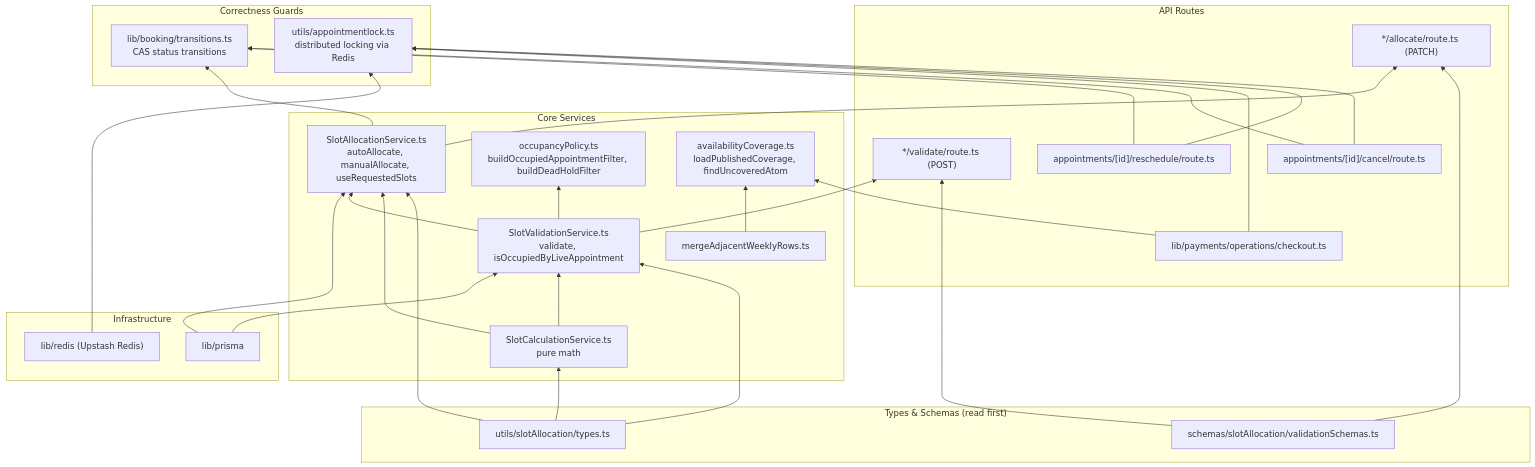
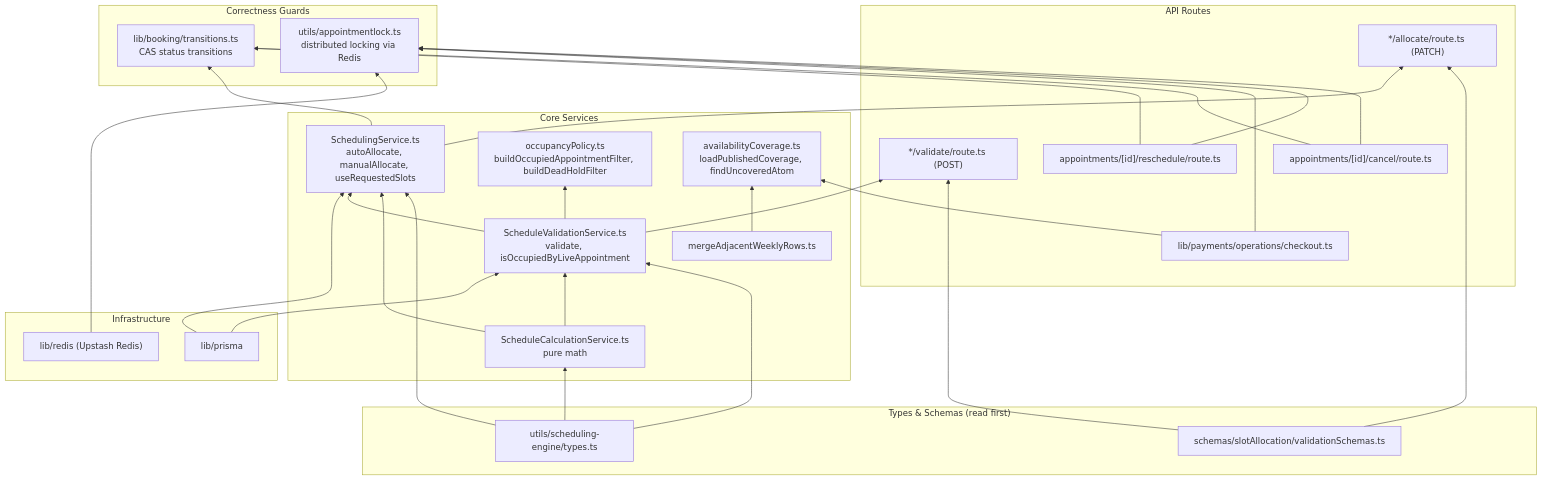
The second of 6 diagrams in docs/booking/06-dependency-graphs.md (Practitionist/familiarise_web), drawn with Mermaid before and after one commit. The commit also changed other lines of this file and 107 other files, not shown here.

Commit message:
docs(vocabulary): the scheduling glossary, booking, feedback, support, stream and review docs speak AppointmentOccurrence, Meeting and Trial (#1554)

````diff
--- a/docs/booking/06-dependency-graphs.md
+++ b/docs/booking/06-dependency-graphs.md
@@ -50,58 +50,58 @@
 ```mermaid
 flowchart BT
   subgraph types ["Types & Schemas (read first)"]
-    T["utils/slotAllocation/types.ts"]
+    T["utils/scheduling-engine/types.ts"]
     ZOD["schemas/slotAllocation/validationSchemas.ts"]
   end
 
   subgraph services ["Core Services"]
-    CALC["SlotCalculationService.ts\npure math"]
-    VAL["SlotValidationService.ts\nvalidate, isOccupiedByLiveAppointment"]
-    ALLOC["SlotAllocationService.ts\nautoAllocate, manualAllocate, useRequestedSlots"]
+    CALC["ScheduleCalculationService.ts\npure math"]
+    VAL["ScheduleValidationService.ts\nvalidate, isOccupiedByLiveAppointment"]
+    ALLOC["SchedulingService.ts\nautoAllocate, manualAllocate, useRequestedSlots"]
     OCC["occupancyPolicy.ts\nbuildOccupiedAppointmentFilter, buildDeadHoldFilter"]
     COV["availabilityCoverage.ts\nloadPublishedCoverage, findUncoveredAtom"]
     MERGE["mergeAdjacentWeeklyRows.ts"]
   end
 
   subgraph guards ["Correctness Guards"]
     TRANS["lib/booking/transitions.ts\nCAS status transitions"]
     LOCK["utils/appointmentlock.ts\ndistributed locking via Redis"]
   end
 
   subgraph infra ["Infrastructure"]
     PRISMA["lib/prisma"]
     REDIS["lib/redis (Upstash Redis)"]
   end
 
   subgraph routes ["API Routes"]
     R_ALLOC["*/allocate/route.ts (PATCH)"]
     R_VAL["*/validate/route.ts (POST)"]
     R_CANCEL["appointments/[id]/cancel/route.ts"]
     R_RESCH["appointments/[id]/reschedule/route.ts"]
     R_CHECKOUT["lib/payments/operations/checkout.ts"]
   end
 
   T --> CALC
   T --> VAL
   T --> ALLOC
   CALC --> VAL
   CALC --> ALLOC
   VAL --> ALLOC
   VAL --> OCC
   PRISMA --> VAL
   PRISMA --> ALLOC
   REDIS --> LOCK
 
   ZOD --> R_ALLOC
   ZOD --> R_VAL
   ALLOC --> R_ALLOC
   VAL --> R_VAL
   ALLOC --> TRANS
   R_CANCEL --> TRANS
   R_CANCEL --> LOCK
   R_RESCH --> TRANS
   R_RESCH --> LOCK
   R_CHECKOUT --> COV
   R_CHECKOUT --> LOCK
   MERGE --> COV
 ```
````
